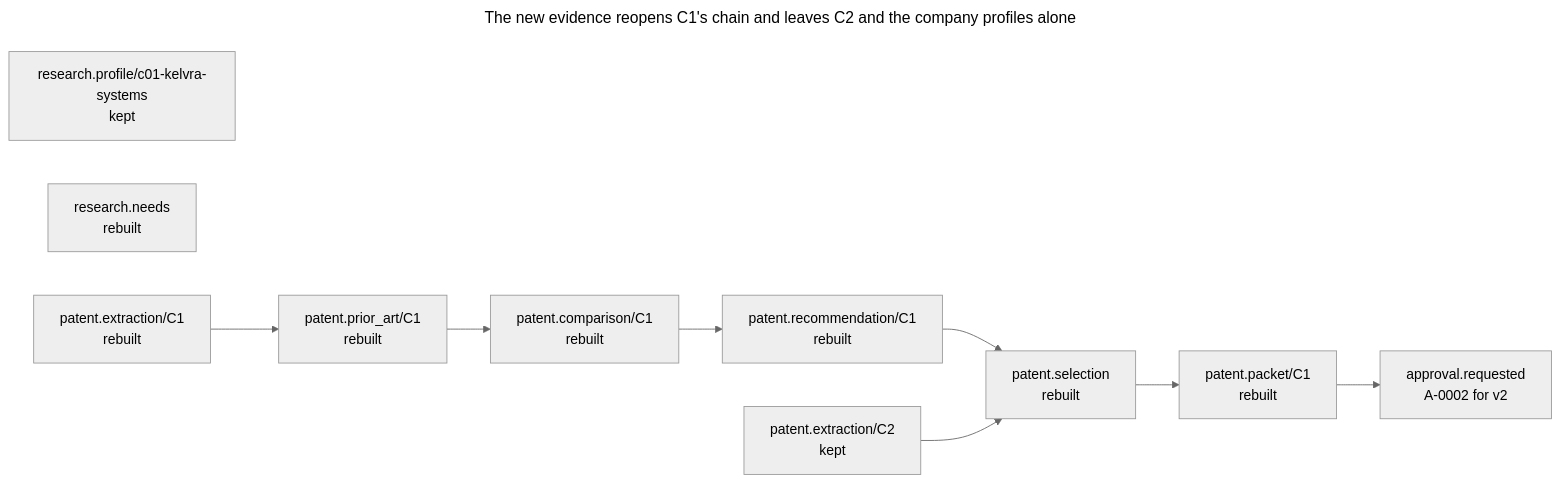
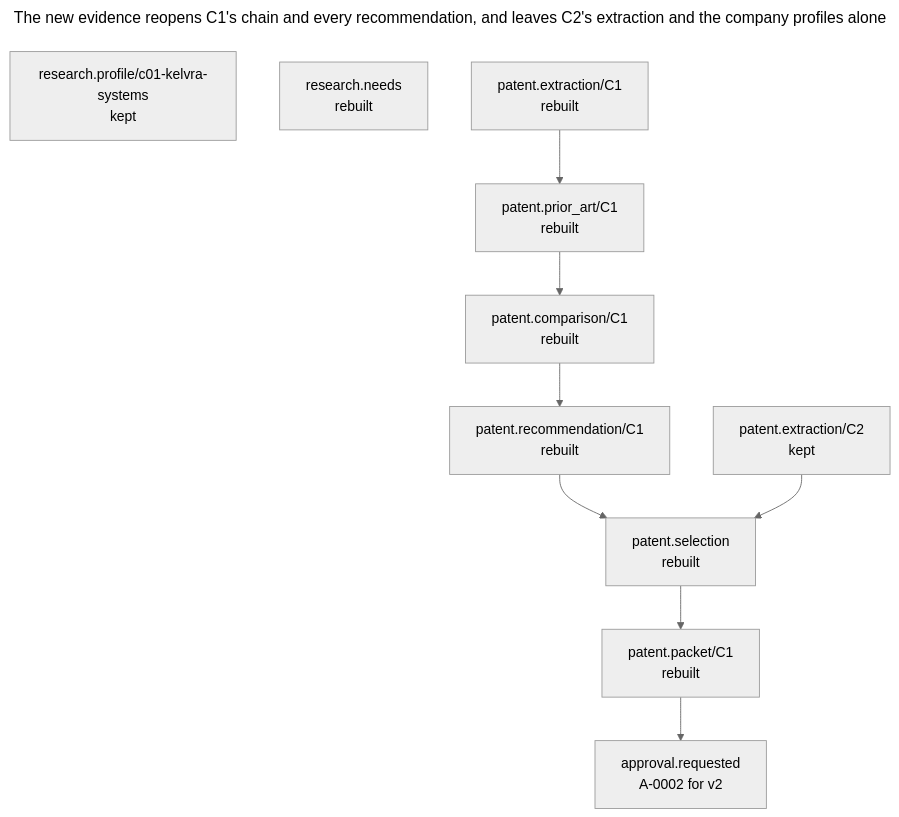
One commit to SaiiPittu/aksha changed the diagram in docs/examples.md. Above: the diagram before and after it, drawn with Mermaid (neutral theme). The commit also changed other lines of this file and 30 other files, not shown here.

````diff
--- a/docs/examples.md
+++ b/docs/examples.md
@@ -42,18 +42,18 @@
 ```mermaid
 ---
-title: The new evidence reopens C1's chain and leaves C2 and the company profiles alone
+title: The new evidence reopens C1's chain and every recommendation, and leaves C2's extraction and the company profiles alone
 ---
-flowchart LR
+flowchart TB
   profile["research.profile/c01-kelvra-systems<br/>kept"]
   needs["research.needs<br/>rebuilt"]
   ext2["patent.extraction/C2<br/>kept"]
   ext["patent.extraction/C1<br/>rebuilt"]
   prior["patent.prior_art/C1<br/>rebuilt"]
   comp["patent.comparison/C1<br/>rebuilt"]
   rec["patent.recommendation/C1<br/>rebuilt"]
   sel["patent.selection<br/>rebuilt"]
   pkt["patent.packet/C1<br/>rebuilt"]
   appr["approval.requested<br/>A-0002 for v2"]
   ext --> prior --> comp --> rec --> sel --> pkt --> appr
   ext2 --> sel
 ```
````
